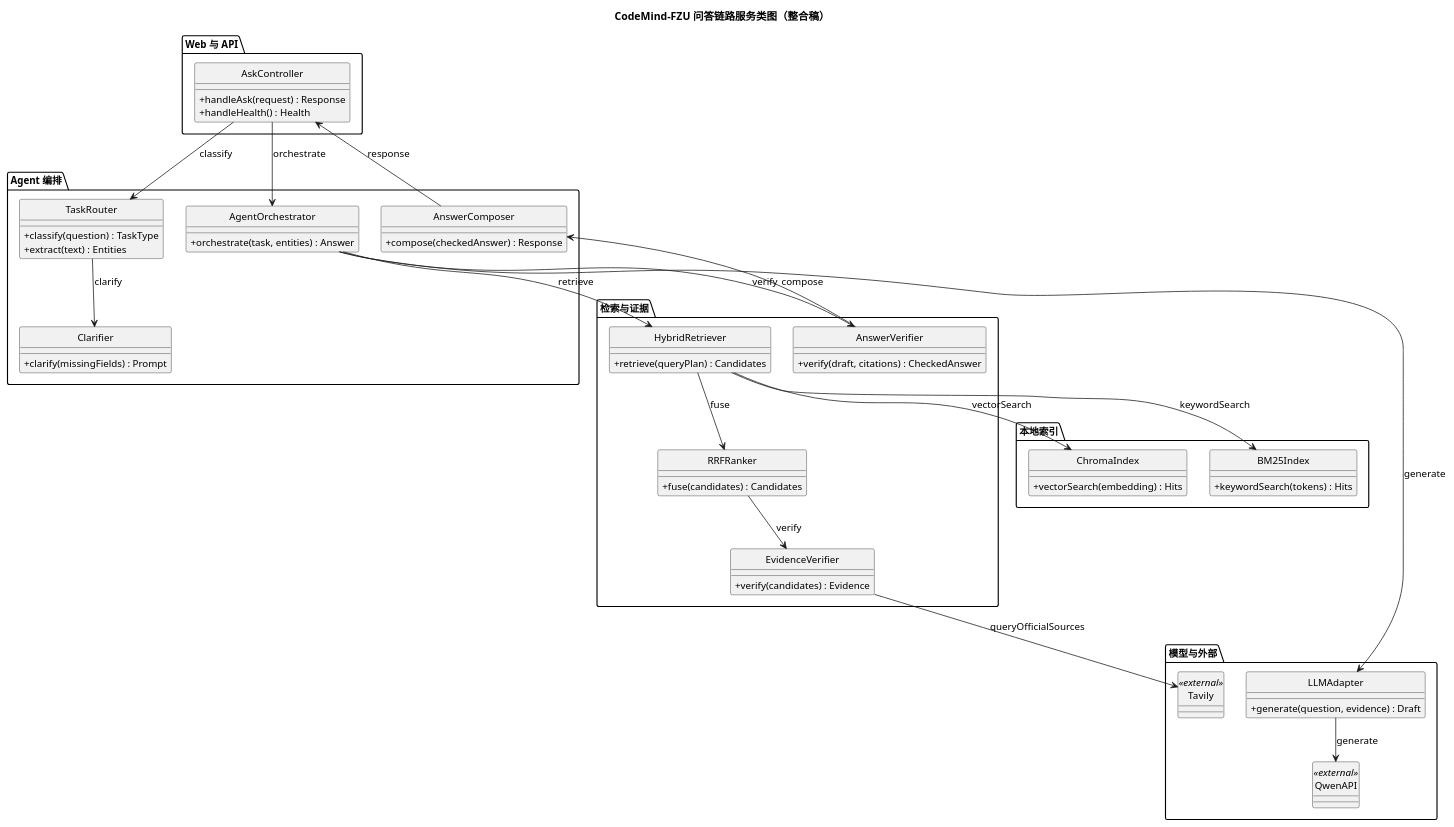
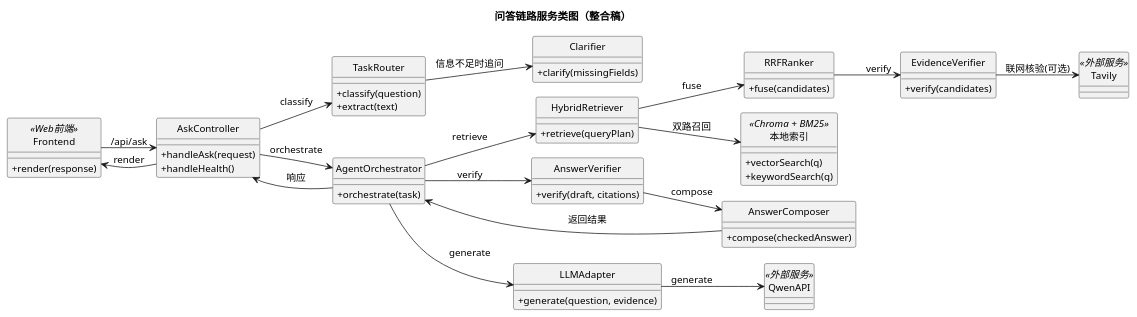
The diagram in docs/assignment-02/system-design/diagrams/uml/class/服务类图_问答链路_整合稿_v1.puml (yz-Yezi-Genm/CodeMind-FZU), drawn with PlantUML before and after one commit. The commit also changed 20 other files, not shown here.

First line of the commit message:
docs(system-design): 修复四张图设计一致性并统一交付文件名

```diff
--- a/docs/assignment-02/system-design/diagrams/uml/class/服务类图_问答链路_整合稿_v1.puml
+++ b/docs/assignment-02/system-design/diagrams/uml/class/服务类图_问答链路_整合稿_v1.puml
@@ -1,80 +1,70 @@
 @startuml
 skinparam defaultFontName "Microsoft YaHei"
 skinparam defaultFontSize 13
 skinparam classAttributeIconSize 0
-skinparam nodesep 30
-skinparam ranksep 40
+skinparam nodesep 20
+skinparam ranksep 24
 hide circle
-title CodeMind-FZU 问答链路服务类图（整合稿）
+left to right direction
+title 问答链路服务类图（整合稿）
 
-package "Web 与 API" {
-  class AskController {
-    + handleAsk(request) : Response
-    + handleHealth() : Health
-  }
+class Frontend <<Web前端>> {
+  + render(response)
 }
+class AskController {
+  + handleAsk(request)
+  + handleHealth()
+}
+class TaskRouter {
+  + classify(question)
+  + extract(text)
+}
+class Clarifier {
+  + clarify(missingFields)
+}
+class AgentOrchestrator {
+  + orchestrate(task)
+}
+class HybridRetriever {
+  + retrieve(queryPlan)
+}
+class RRFRanker {
+  + fuse(candidates)
+}
+class EvidenceVerifier {
+  + verify(candidates)
+}
+class AnswerVerifier {
+  + verify(draft, citations)
+}
+class AnswerComposer {
+  + compose(checkedAnswer)
+}
+class LLMAdapter {
+  + generate(question, evidence)
+}
+class 本地索引 <<Chroma + BM25>> {
+  + vectorSearch(q)
+  + keywordSearch(q)
+}
+class QwenAPI <<外部服务>>
+class Tavily <<外部服务>>
 
-package "Agent 编排" {
-  class TaskRouter {
-    + classify(question) : TaskType
-    + extract(text) : Entities
-  }
-  class Clarifier {
-    + clarify(missingFields) : Prompt
-  }
-  class AgentOrchestrator {
-    + orchestrate(task, entities) : Answer
-  }
-  class AnswerComposer {
-    + compose(checkedAnswer) : Response
-  }
-}
-
-package "检索与证据" {
-  class HybridRetriever {
-    + retrieve(queryPlan) : Candidates
-  }
-  class RRFRanker {
-    + fuse(candidates) : Candidates
-  }
-  class EvidenceVerifier {
-    + verify(candidates) : Evidence
-  }
-  class AnswerVerifier {
-    + verify(draft, citations) : CheckedAnswer
-  }
-}
-
-package "模型与外部" {
-  class LLMAdapter {
-    + generate(question, evidence) : Draft
-  }
-  class QwenAPI <<external>>
-  class Tavily <<external>>
-}
-
-package "本地索引" {
-  class ChromaIndex {
-    + vectorSearch(embedding) : Hits
-  }
-  class BM25Index {
-    + keywordSearch(tokens) : Hits
-  }
-}
-
+Frontend --> AskController : /api/ask
 AskController --> TaskRouter : classify
 AskController --> AgentOrchestrator : orchestrate
-TaskRouter --> Clarifier : clarify
+TaskRouter --> Clarifier : 信息不足时追问
 AgentOrchestrator --> HybridRetriever : retrieve
-HybridRetriever --> ChromaIndex : vectorSearch
-HybridRetriever --> BM25Index : keywordSearch
+HybridRetriever --> 本地索引 : 双路召回
 HybridRetriever --> RRFRanker : fuse
 RRFRanker --> EvidenceVerifier : verify
-EvidenceVerifier --> Tavily : queryOfficialSources
+EvidenceVerifier --> Tavily : 联网核验(可选)
 AgentOrchestrator --> LLMAdapter : generate
 LLMAdapter --> QwenAPI : generate
 AgentOrchestrator --> AnswerVerifier : verify
 AnswerVerifier --> AnswerComposer : compose
-AnswerComposer --> AskController : response
+AnswerComposer --> AgentOrchestrator : 返回结果
+AgentOrchestrator --> AskController : 响应
+AskController --> Frontend : render
 
 @enduml
```
